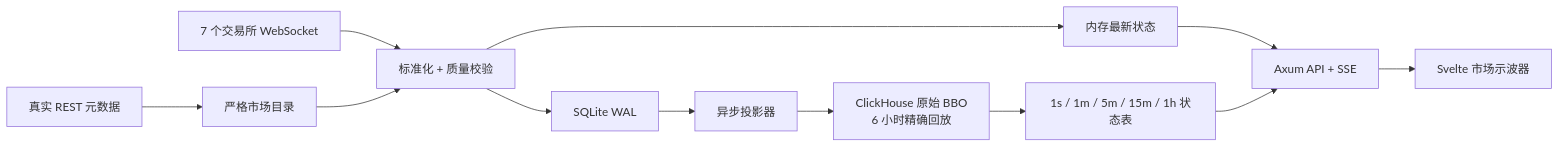
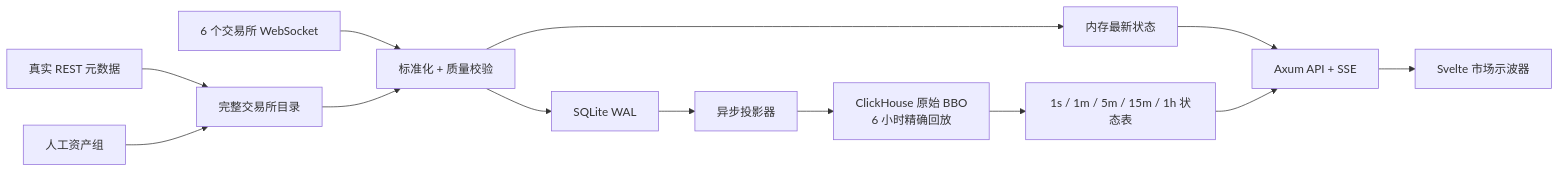
Before and after one commit to welann/exchangespreadlog: the diagram in README.md, drawn with Mermaid. The commit also changed other lines of this file and 12 other files, not shown here.

````diff
--- a/README.md
+++ b/README.md
@@ -19,14 +19,15 @@
 ```mermaid
 flowchart LR
-    M["真实 REST 元数据"] --> C["严格市场目录"]
-    W["7 个交易所 WebSocket"] --> N["标准化 + 质量校验"]
+    M["真实 REST 元数据"] --> C["完整交易所目录"]
+    U["人工资产组"] --> C
+    W["6 个交易所 WebSocket"] --> N["标准化 + 质量校验"]
     C --> N
     N --> L["内存最新状态"]
     N --> Q["SQLite WAL"]
     Q --> P["异步投影器"]
     P --> R["ClickHouse 原始 BBO<br/>6 小时精确回放"]
     R --> A["1s / 1m / 5m / 15m / 1h 状态表"]
     L --> API["Axum API + SSE"]
     A --> API
     API --> UI["Svelte 市场示波器"]
 ```
````
